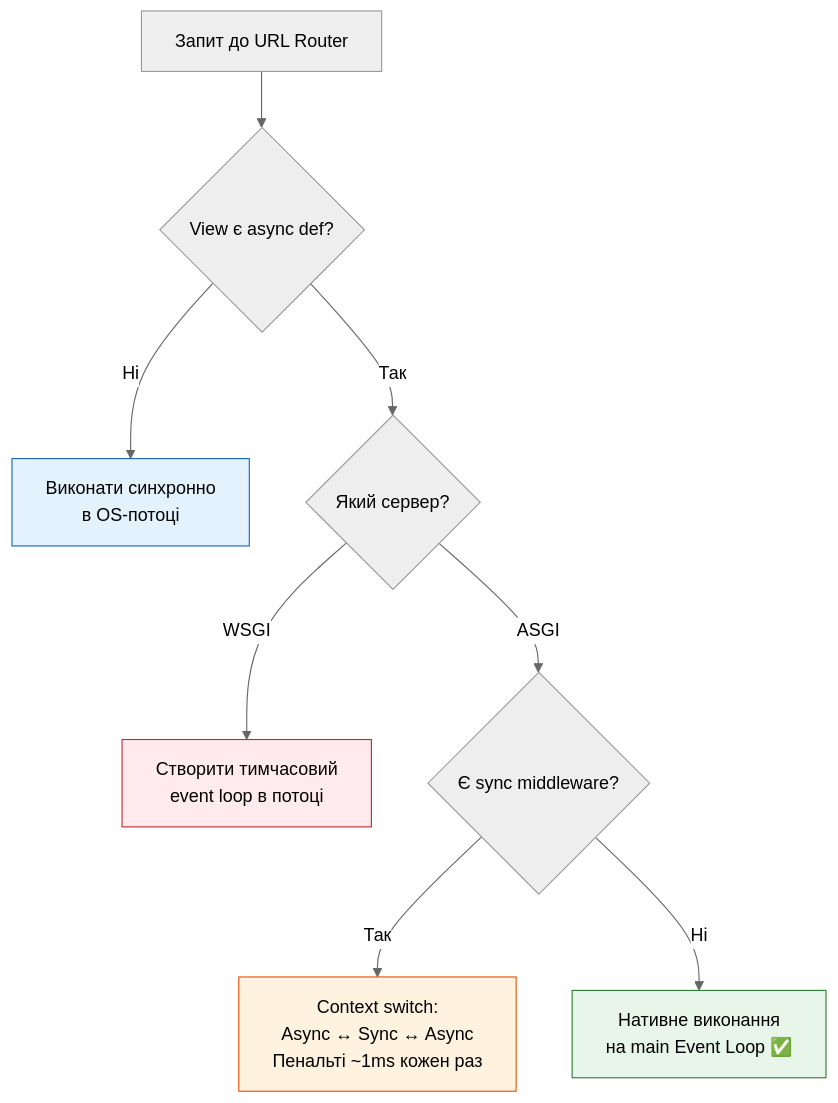
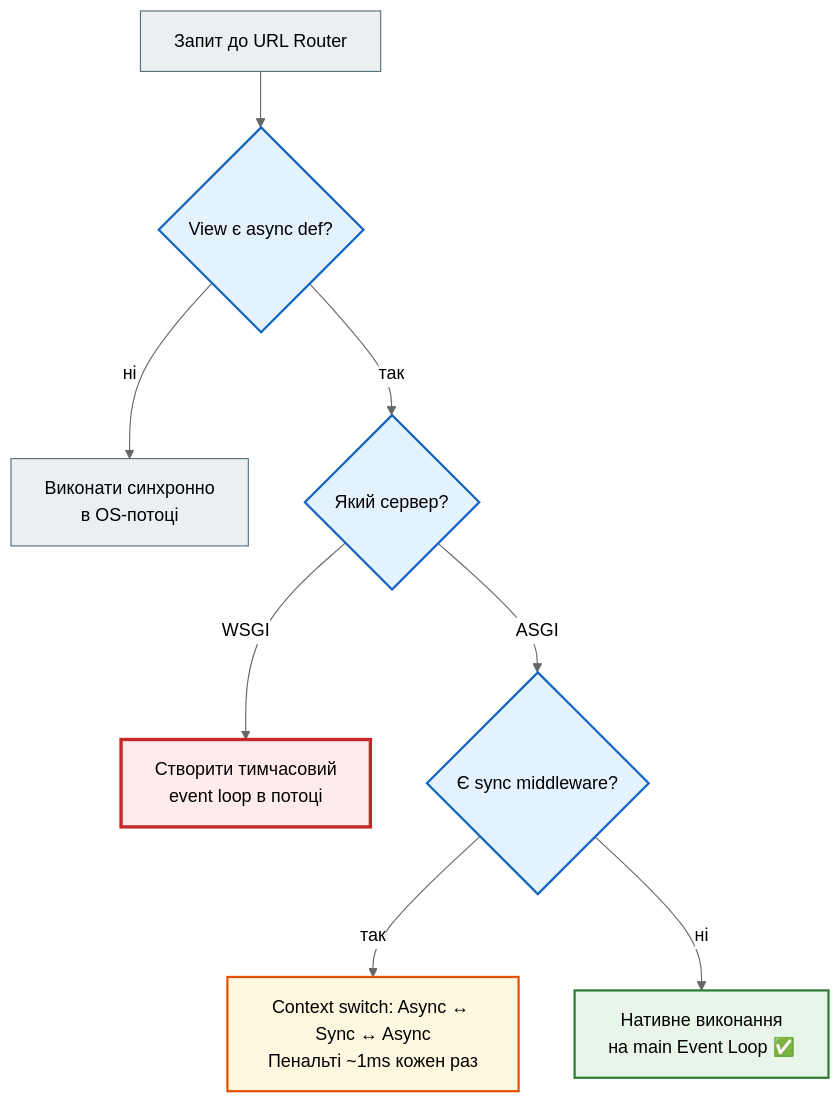
The first of 3 diagrams in docs/09_async_and_realtime/async_04_django_async_views_full.md (NikoriakViktot/notes_chat_app), drawn with Mermaid (neutral theme) before and after one commit. The commit also changed other lines of this file and 441 other files, not shown here.

First line of the commit message:
Add English version of the book, Mermaid standard, docs fixes

````diff
--- a/docs/09_async_and_realtime/async_04_django_async_views_full.md
+++ b/docs/09_async_and_realtime/async_04_django_async_views_full.md
@@ -63,17 +63,23 @@
 ```mermaid
 graph TD
     A[Запит до URL Router] --> B{View є async def?}
-    B -->|Ні| C[Виконати синхронно\nв OS-потоці]
-    B -->|Так| D{Який сервер?}
+    B -->|ні| C["Виконати синхронно<br>в OS-потоці"]
+    B -->|так| D{Який сервер?}
 
-    D -->|WSGI| E[Створити тимчасовий\nevent loop в потоці]
+    D -->|WSGI| E["Створити тимчасовий<br>event loop в потоці"]
     D -->|ASGI| F{Є sync middleware?}
 
-    F -->|Так| G[Context switch:\nAsync ↔ Sync ↔ Async\nПенальті ~1ms кожен раз]
-    F -->|Ні| H[Нативне виконання\nна main Event Loop ✅]
+    F -->|так| G["Context switch: Async ↔ Sync ↔ Async<br>Пенальті ~1ms кожен раз"]
+    F -->|ні| H["Нативне виконання<br>на main Event Loop ✅"]
 
-    style C fill:#e3f2fd,stroke:#1565c0
-    style E fill:#ffebee,stroke:#c62828
-    style G fill:#fff3e0,stroke:#e65100
-    style H fill:#e8f5e9,stroke:#2e7d32
+    classDef step     fill:#eceff1,stroke:#546e7a,stroke-width:1px;
+    classDef decision fill:#e3f2fd,stroke:#1565c0,stroke-width:2px;
+    classDef success  fill:#e8f5e9,stroke:#2e7d32,stroke-width:2px;
+    classDef error    fill:#ffebee,stroke:#c62828,stroke-width:3px;
+    classDef warning  fill:#fff8e1,stroke:#e65100,stroke-width:2px;
+    class A,C step;
+    class B,D,F decision;
+    class H success;
+    class E error;
+    class G warning;
 ```
````
